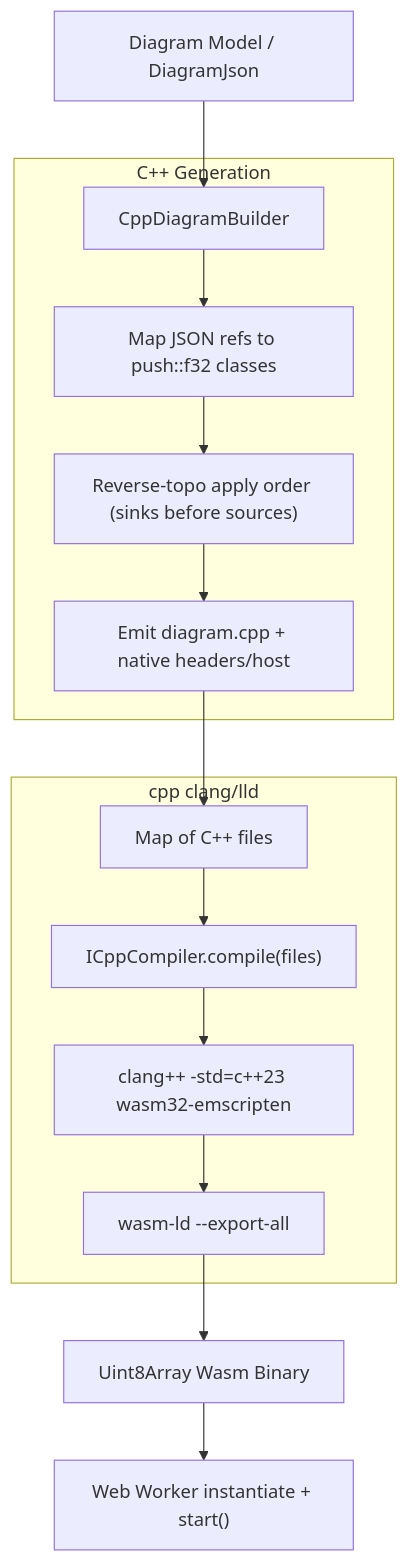
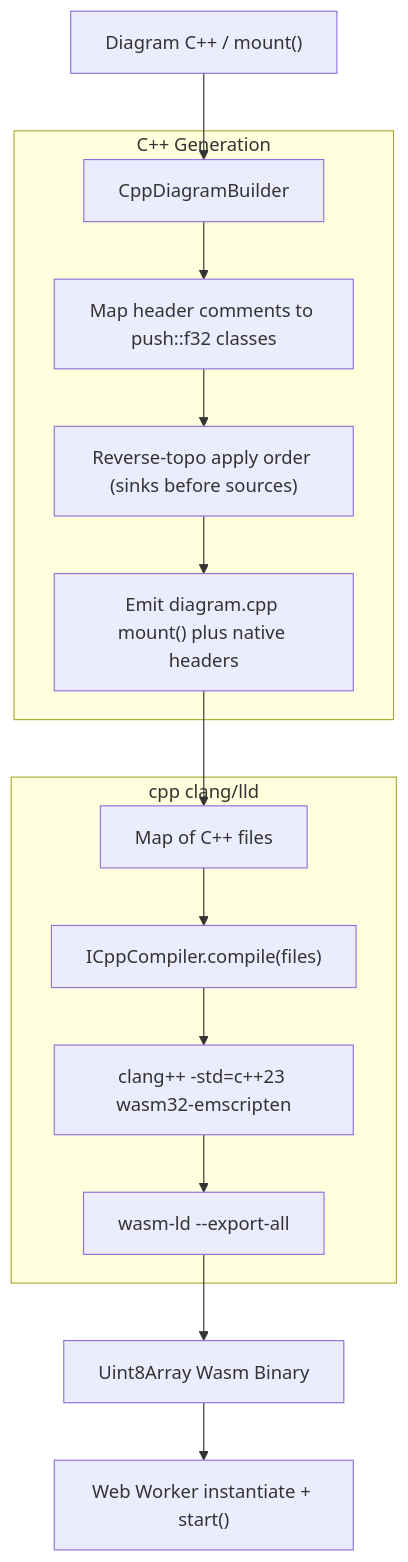
The second of 5 diagrams in README.md (dzmauchy/bld), drawn with Mermaid before and after one commit. The commit also changed other lines of this file and 53 other files, not shown here.

First line of the commit message:
Read block and type metadata from header comments (#42)

````diff
--- a/README.md
+++ b/README.md
@@ -168,21 +168,21 @@
 ```mermaid
 flowchart TD
-    A["Diagram Model / DiagramJson"] --> B["CppDiagramBuilder"]
+    A["Diagram C++ / mount()"] --> B["CppDiagramBuilder"]
     
     subgraph Emit["C++ Generation"]
-        B --> B1["Map JSON refs to push::f32 classes"]
+        B --> B1["Map header comments to push::f32 classes"]
         B1 --> B2["Reverse-topo apply order (sinks before sources)"]
-        B2 --> B3["Emit diagram.cpp + native headers/host"]
+        B2 --> B3["Emit diagram.cpp mount() plus native headers"]
     end
     
     B3 --> C["Map of C++ files"]
     
     subgraph ClangLld["cpp clang/lld"]
         C --> D["ICppCompiler.compile(files)"]
         D --> E["clang++ -std=c++23 wasm32-emscripten"]
         E --> F["wasm-ld --export-all"]
     end
     
     F --> G["Uint8Array Wasm Binary"]
     G --> H["Web Worker instantiate + start()"]
 ```
````
